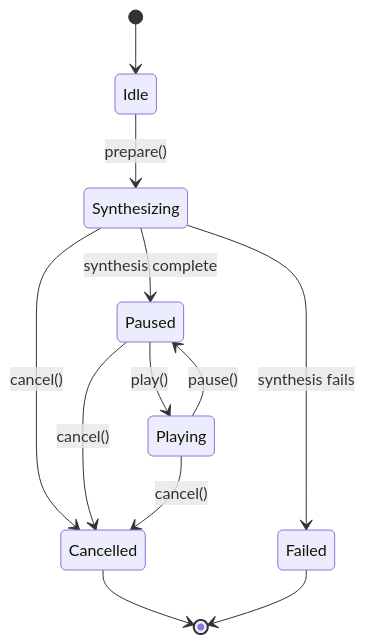
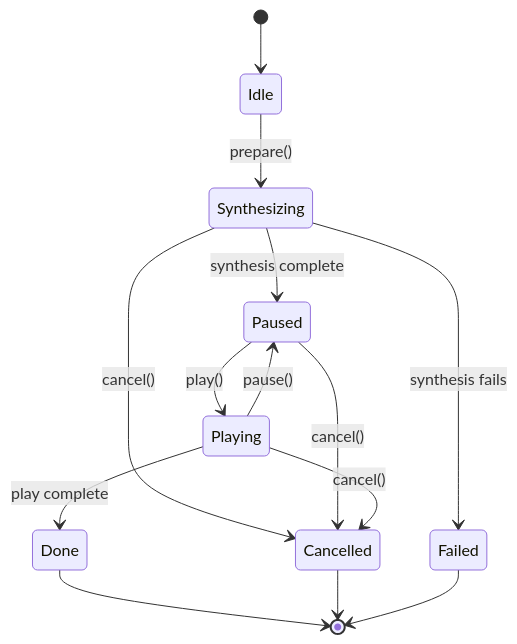
Before and after one commit to sc-voice/scv-app: the diagram in doc/BackgroundPlayer.md, drawn with Mermaid.

Commit message:
BackgroundPlayer

````diff
--- a/doc/BackgroundPlayer.md
+++ b/doc/BackgroundPlayer.md
@@ -119,19 +119,21 @@
 ```mermaid
 stateDiagram-v2
     [*] --> Idle
 
     Idle --> Synthesizing: prepare()
 
     Synthesizing --> Paused: synthesis complete
     Synthesizing --> Failed: synthesis fails
     Synthesizing --> Cancelled: cancel()
 
     Paused --> Playing: play()
     Paused --> Cancelled: cancel()
 
     Playing --> Paused: pause()
     Playing --> Cancelled: cancel()
+    Playing --> Done: play complete
 
+    Done --> [*]
     Cancelled --> [*]
     Failed --> [*]
 ```
````
